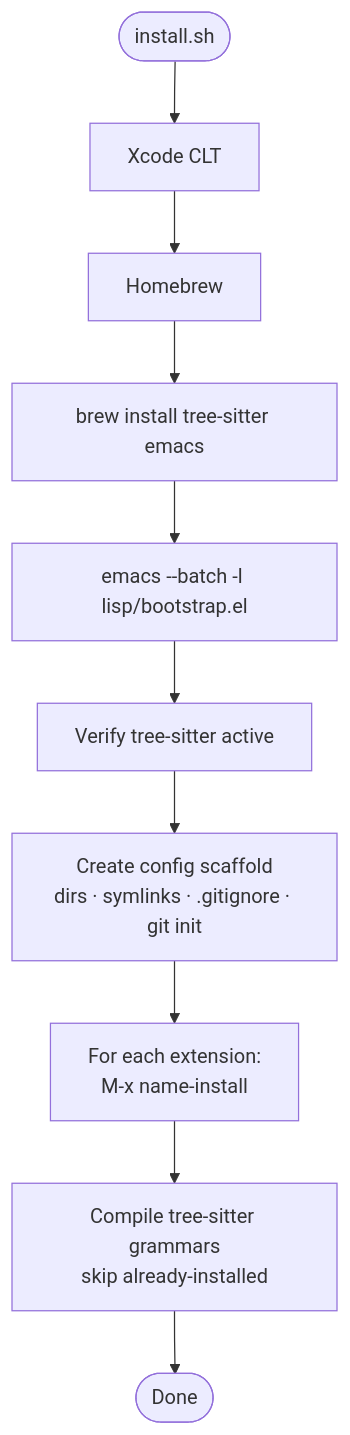
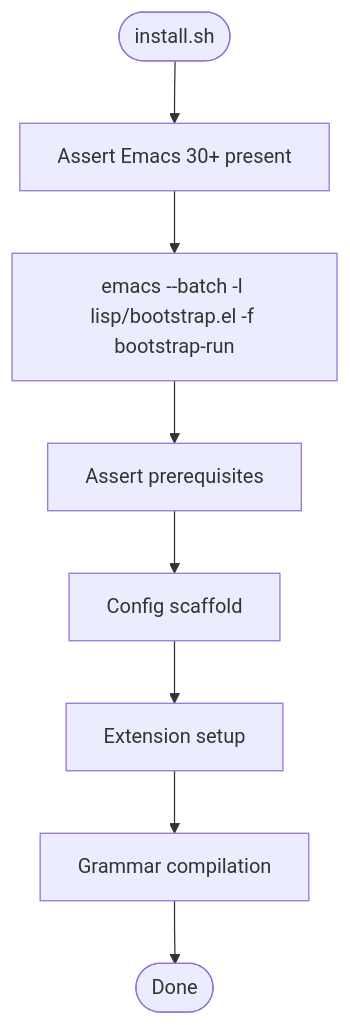
The first of 2 diagrams in docs/headless-tooling-spec.md (sagelattice/ctrl), drawn with Mermaid before and after one commit. The commit also changed other lines of this file and 12 other files, not shown here.

````diff
--- a/docs/headless-tooling-spec.md
+++ b/docs/headless-tooling-spec.md
@@ -55,12 +56,10 @@
 ```mermaid
 flowchart TD
-    A([install.sh]) --> B[Xcode CLT]
-    B --> C[Homebrew]
-    C --> D[brew install tree-sitter emacs]
-    D --> E["emacs --batch -l lisp/bootstrap.el"]
-    E --> F[Verify tree-sitter active]
-    F --> G[Create config scaffold\ndirs · symlinks · .gitignore · git init]
-    G --> H[For each extension:\nM-x name-install]
-    H --> I[Compile tree-sitter grammars\nskip already-installed]
-    I --> J([Done])
+    A([install.sh]) --> B[Assert Emacs 30+ present]
+    B --> C["emacs --batch -l lisp/bootstrap.el -f bootstrap-run"]
+    C --> D[Assert prerequisites]
+    D --> E[Config scaffold]
+    E --> F[Extension setup]
+    F --> G[Grammar compilation]
+    G --> H([Done])
 ```
````
